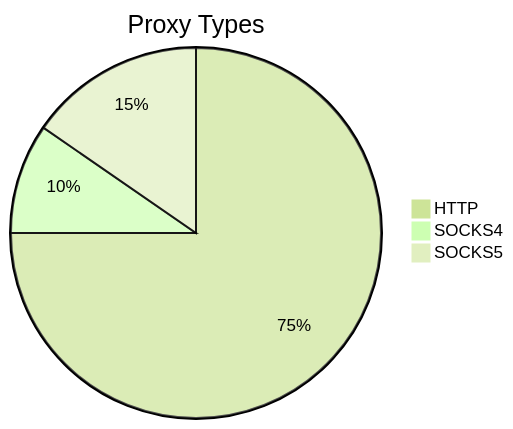
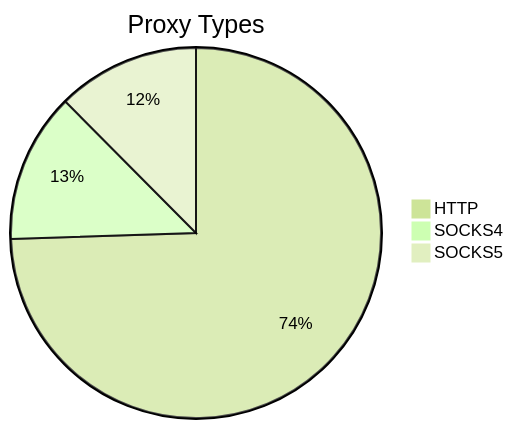
One commit to stormsia/proxy-list changed the first of 2 diagrams in README.md. Above: the diagram before and after it, drawn with Mermaid (forest theme). The commit also changed other lines of this file, not shown here.

````diff
--- a/README.md
+++ b/README.md
@@ -21,6 +21,6 @@
 ```mermaid
 pie title Proxy Types
-    "HTTP" : 156
-    "SOCKS4" : 20
-    "SOCKS5" : 32
+    "HTTP" : 359
+    "SOCKS4" : 63
+    "SOCKS5" : 60
 ```
````
